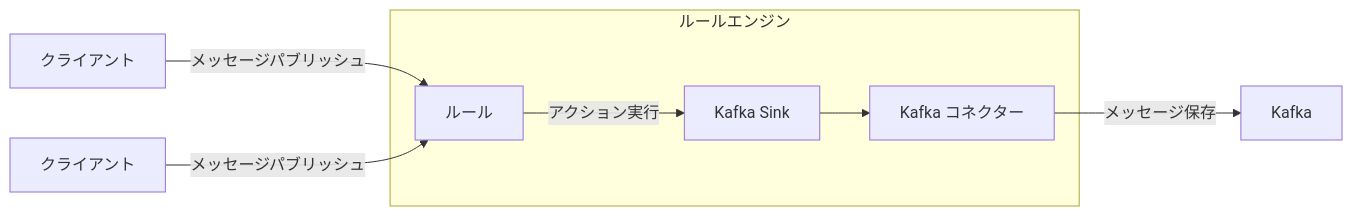
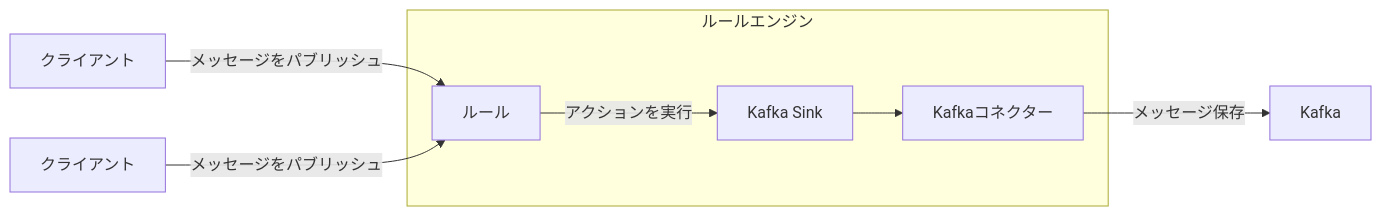
One commit to emqx/emqx-docs changed the first of 2 diagrams in ja_JP/data-integration/data-bridges.md. Above: the diagram before and after it, drawn with Mermaid. The commit also changed other lines of this file and 25 other files, not shown here.

````diff
--- a/ja_JP/data-integration/data-bridges.md
+++ b/ja_JP/data-integration/data-bridges.md
@@ -39,11 +39,11 @@
 ```mermaid
 graph LR
-  A[クライアント] -->|メッセージパブリッシュ| B[ルール]
-  A1[クライアント] --> |メッセージパブリッシュ| B
+  A[クライアント] -->|メッセージをパブリッシュ| B[ルール]
+  A1[クライアント] --> |メッセージをパブリッシュ| B
 
   subgraph ルールエンジン
-    B -->  |アクション実行| C[Kafka Sink] --> D[Kafka コネクター]
+    B -->  |アクションを実行| C[Kafka Sink] --> D[Kafkaコネクター]
   end
 
 D -->|メッセージ保存| E[Kafka]
 ```
````
